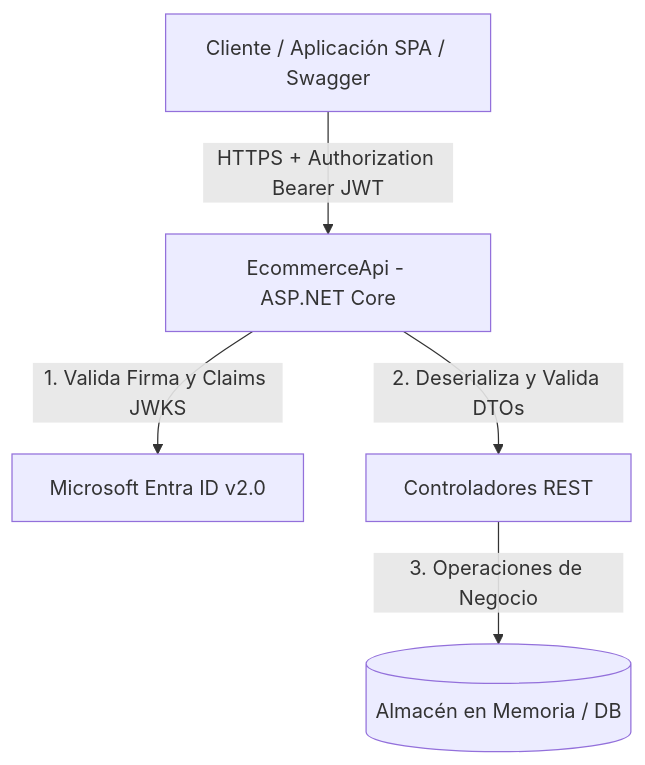
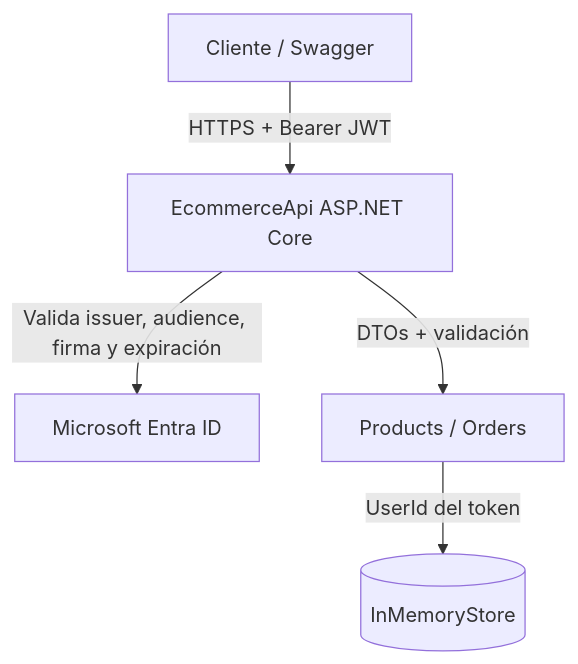
One commit to lanuzalorenzo/lab-api-local-azure changed the diagram in docs/threat-model-appsec.md. Above: the diagram before and after it, drawn with Mermaid. The commit also changed other lines of this file and 9 other files, not shown here.

````diff
--- a/docs/threat-model-appsec.md
+++ b/docs/threat-model-appsec.md
@@ -13,7 +21,7 @@
 ```mermaid
 graph TD
-    Client[Cliente / Aplicación SPA / Swagger] -->|HTTPS + Authorization Bearer JWT| API[EcommerceApi - ASP.NET Core]
-    API -->|1. Valida Firma y Claims JWKS| EntraID[Microsoft Entra ID v2.0]
-    API -->|2. Deserializa y Valida DTOs| Controllers[Controladores REST]
-    Controllers -->|3. Operaciones de Negocio| MemoryStore[(Almacén en Memoria / DB)]
+    Client[Cliente / Swagger] -->|HTTPS + Bearer JWT| API[EcommerceApi ASP.NET Core]
+    API -->|Valida issuer, audience, firma y expiración| EntraID[Microsoft Entra ID]
+    API -->|DTOs + validación| Controllers[Products / Orders]
+    Controllers -->|UserId del token| Store[(InMemoryStore)]
 ```
````
